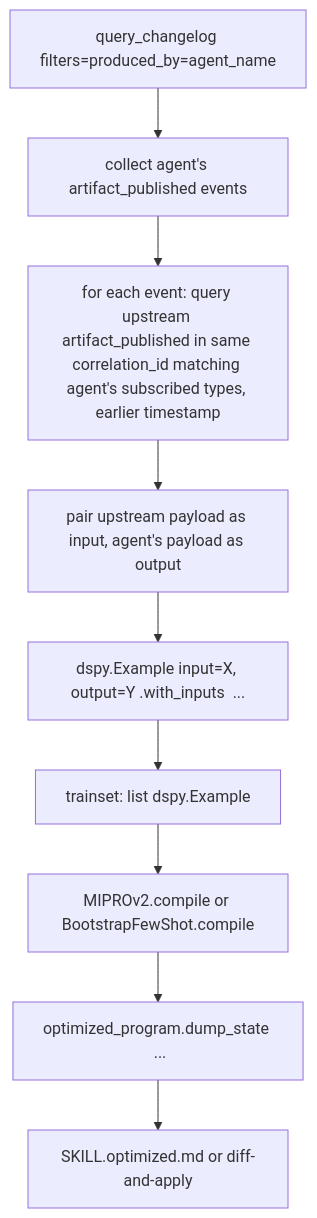
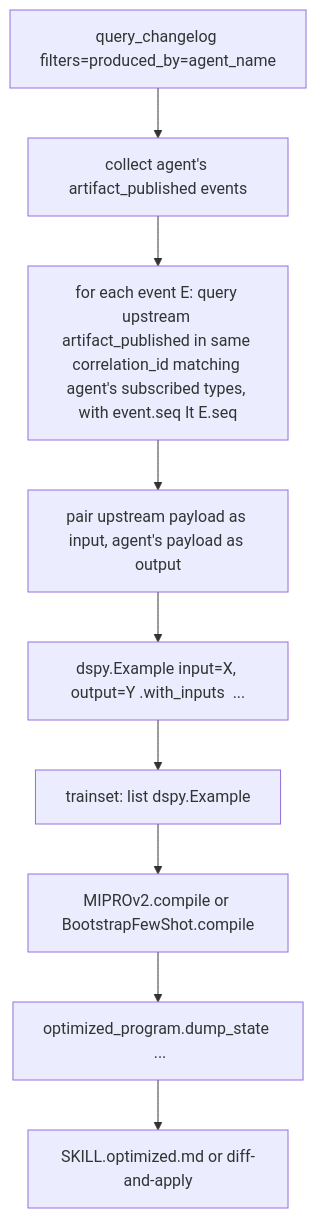
One commit to whiteducksoftware/flock changed the second of 2 diagrams in docs/plans/2026-04-17-001-feat-agent-skills-internal-flock-plan.md. Above: the diagram before and after it, drawn with Mermaid. The commit also changed other lines of this file and 1 other file, not shown here.

````diff
--- a/docs/plans/2026-04-17-001-feat-agent-skills-internal-flock-plan.md
+++ b/docs/plans/2026-04-17-001-feat-agent-skills-internal-flock-plan.md
@@ -241,11 +241,11 @@
 ```mermaid
 graph TD
     A[query_changelog filters=produced_by=agent_name] --> B[collect agent's artifact_published events]
-    B --> C[for each event: query upstream artifact_published in same correlation_id matching agent's subscribed types, earlier timestamp]
+    B --> C[for each event E: query upstream artifact_published in same correlation_id matching agent's subscribed types, with event.seq lt E.seq]
     C --> D[pair upstream payload as input, agent's payload as output]
     D --> E[dspy.Example input=X, output=Y .with_inputs  ...]
     E --> F[trainset: list dspy.Example]
     F --> G[MIPROv2.compile or BootstrapFewShot.compile]
     G --> H[optimized_program.dump_state  ...]
     H --> I[SKILL.optimized.md or diff-and-apply]
 ```
````
